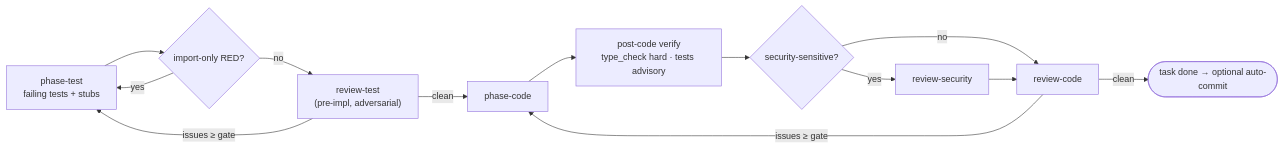
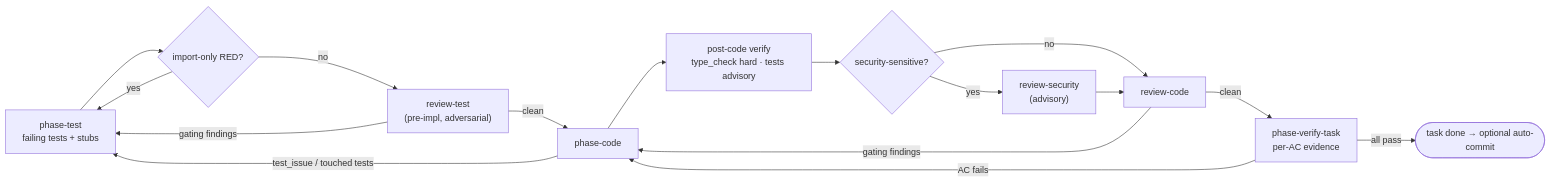
One commit to cshirley/accord changed the diagram in okf/architecture/crucible-verification.md. Above: the diagram before and after it, drawn with Mermaid. The commit also changed other lines of this file and 109 other files, not shown here.

````diff
--- a/okf/architecture/crucible-verification.md
+++ b/okf/architecture/crucible-verification.md
@@ -25,15 +28,18 @@
 ```mermaid
 flowchart LR
   T["phase-test<br/>failing tests + stubs"] --> RED{"import-only RED?"}
   RED -->|yes| T
   RED -->|no| RT["review-test<br/>(pre-impl, adversarial)"]
-  RT -->|issues ≥ gate| T
+  RT -->|gating findings| T
   RT -->|clean| C["phase-code"]
+  C -->|test_issue / touched tests| T
   C --> PV["post-code verify<br/>type_check hard · tests advisory"]
   PV --> SEC{"security-sensitive?"}
-  SEC -->|yes| RS["review-security"]
+  SEC -->|yes| RS["review-security<br/>(advisory)"]
   SEC -->|no| RC["review-code"]
   RS --> RC
-  RC -->|issues ≥ gate| C
-  RC -->|clean| DONE(["task done → optional auto-commit"])
+  RC -->|gating findings| C
+  RC -->|clean| V["phase-verify-task<br/>per-AC evidence"]
+  V -->|AC fails| C
+  V -->|all pass| DONE(["task done → optional auto-commit"])
 ```
````
